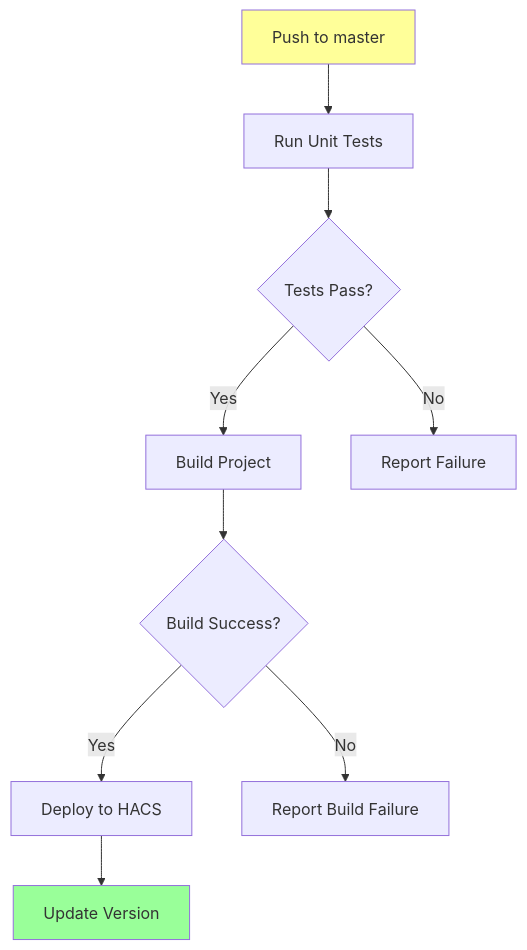
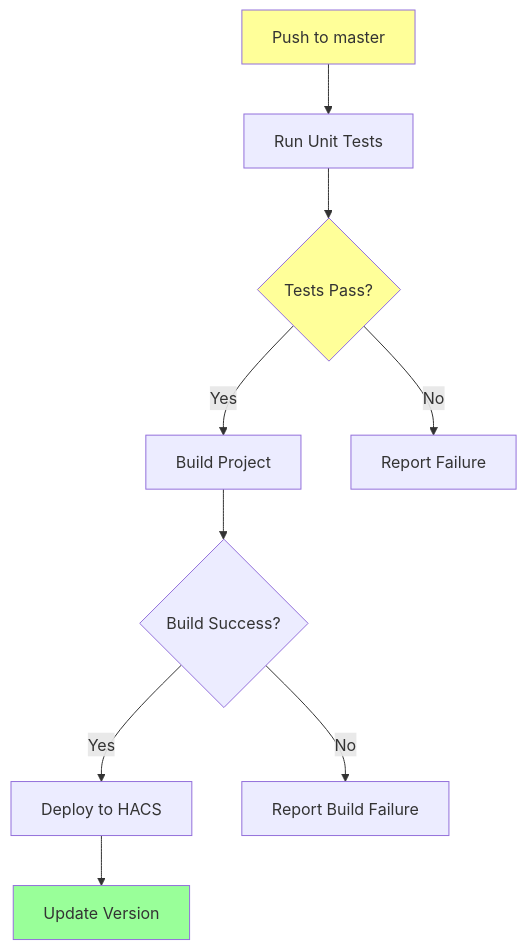
Diagram 19 of 22 in docs_site/api-evolution.md (daredoes/linked-lovelace-ui), drawn with Mermaid before and after one commit. The commit also changed other lines of this file and 1 other file, not shown here.

First line of the commit message:
Fix all Mermaid diagram syntax errors for v11.12.3 compatibility

````diff
--- a/docs_site/api-evolution.md
+++ b/docs_site/api-evolution.md
@@ -482,14 +474,15 @@
 ```mermaid
 flowchart TD
     A[Push to master] --> B[Run Unit Tests]
     B --> C{Tests Pass?}
     C -->|Yes| D[Build Project]
     C -->|No| E[Report Failure]
     D --> F{Build Success?}
     F -->|Yes| G[Deploy to HACS]
     F -->|No| H[Report Build Failure]
     G --> I[Update Version]
     
     style A fill:#ff9
     style I fill:#9f9
+    style C fill:#ff9
 ```
````
